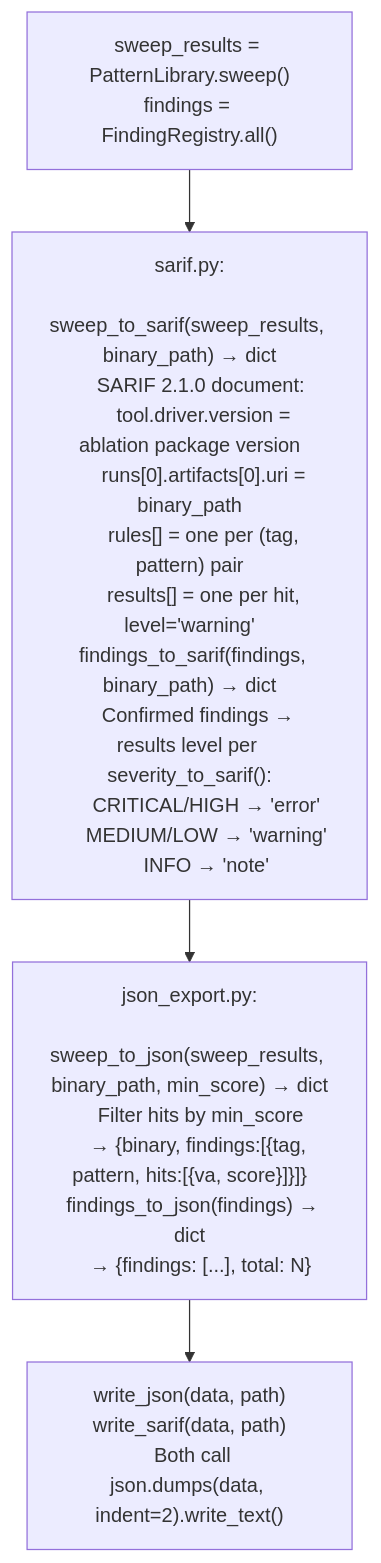
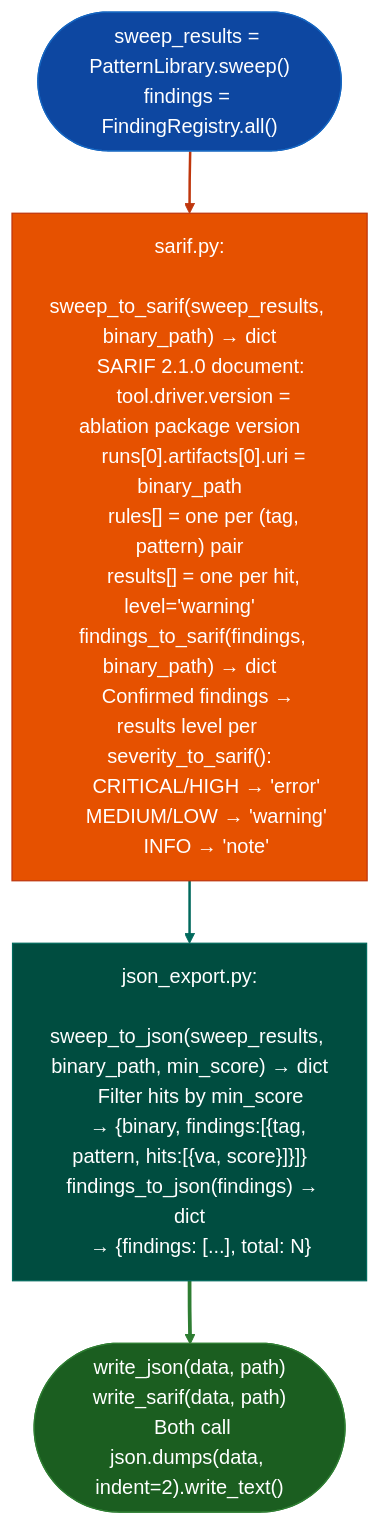
The diagram in docs/reference-modules/json-and-sarif-export.md (Ablation-Tool/ablation), drawn with Mermaid before and after one commit. The commit also changed 320 other files, not shown here.

First line of the commit message:
docs: apply canonical Mermaid template to all 321 diagrams

````diff
--- a/docs/reference-modules/json-and-sarif-export.md
+++ b/docs/reference-modules/json-and-sarif-export.md
@@ -19,6 +19,15 @@
 ```mermaid
 flowchart TD
-    A["sweep_results = PatternLibrary.sweep()\nfindings = FindingRegistry.all()"] --> B["sarif.py:\n  sweep_to_sarif(sweep_results, binary_path) → dict\n    SARIF 2.1.0 document:\n      tool.driver.version = ablation package version\n      runs[0].artifacts[0].uri = binary_path\n      rules[] = one per (tag, pattern) pair\n      results[] = one per hit, level='warning'\n  findings_to_sarif(findings, binary_path) → dict\n    Confirmed findings → results level per severity_to_sarif():\n      CRITICAL/HIGH → 'error'\n      MEDIUM/LOW → 'warning'\n      INFO → 'note'"]
-    B --> C["json_export.py:\n  sweep_to_json(sweep_results, binary_path, min_score) → dict\n    Filter hits by min_score\n    → {binary, findings:[{tag, pattern, hits:[{va, score}]}]}\n  findings_to_json(findings) → dict\n    → {findings: [...], total: N}"]
-    C --> D["write_json(data, path)\nwrite_sarif(data, path)\n  Both call json.dumps(data, indent=2).write_text()"]
+    A(["sweep_results = PatternLibrary.sweep()\nfindings = FindingRegistry.all()"]):::input --> B["sarif.py:\n  sweep_to_sarif(sweep_results, binary_path) → dict\n    SARIF 2.1.0 document:\n      tool.driver.version = ablation package version\n      runs[0].artifacts[0].uri = binary_path\n      rules[] = one per (tag, pattern) pair\n      results[] = one per hit, level='warning'\n  findings_to_sarif(findings, binary_path) → dict\n    Confirmed findings → results level per severity_to_sarif():\n      CRITICAL/HIGH → 'error'\n      MEDIUM/LOW → 'warning'\n      INFO → 'note'"]:::primary
+    B:::primary --> C["json_export.py:\n  sweep_to_json(sweep_results, binary_path, min_score) → dict\n    Filter hits by min_score\n    → {binary, findings:[{tag, pattern, hits:[{va, score}]}]}\n  findings_to_json(findings) → dict\n    → {findings: [...], total: N}"]:::secondary
+    C:::secondary --> D(["write_json(data, path)\nwrite_sarif(data, path)\n  Both call json.dumps(data, indent=2).write_text()"]):::output
+    classDef input     fill:#0d47a1,stroke:#1565c0,color:#fff
+    classDef primary   fill:#e65100,stroke:#bf360c,color:#fff
+    classDef secondary fill:#004d40,stroke:#00695c,color:#fff
+    classDef tertiary  fill:#4a148c,stroke:#6a1b9a,color:#fff
+    classDef neutral   fill:#37474f,stroke:#546e7a,color:#fff
+    classDef output    fill:#1b5e20,stroke:#2e7d32,color:#fff
+    linkStyle 0 stroke:#bf360c,stroke-width:2px
+    linkStyle 1 stroke:#00695c,stroke-width:2px
+    linkStyle 2 stroke:#2e7d32,stroke-width:3px
 ```
````
